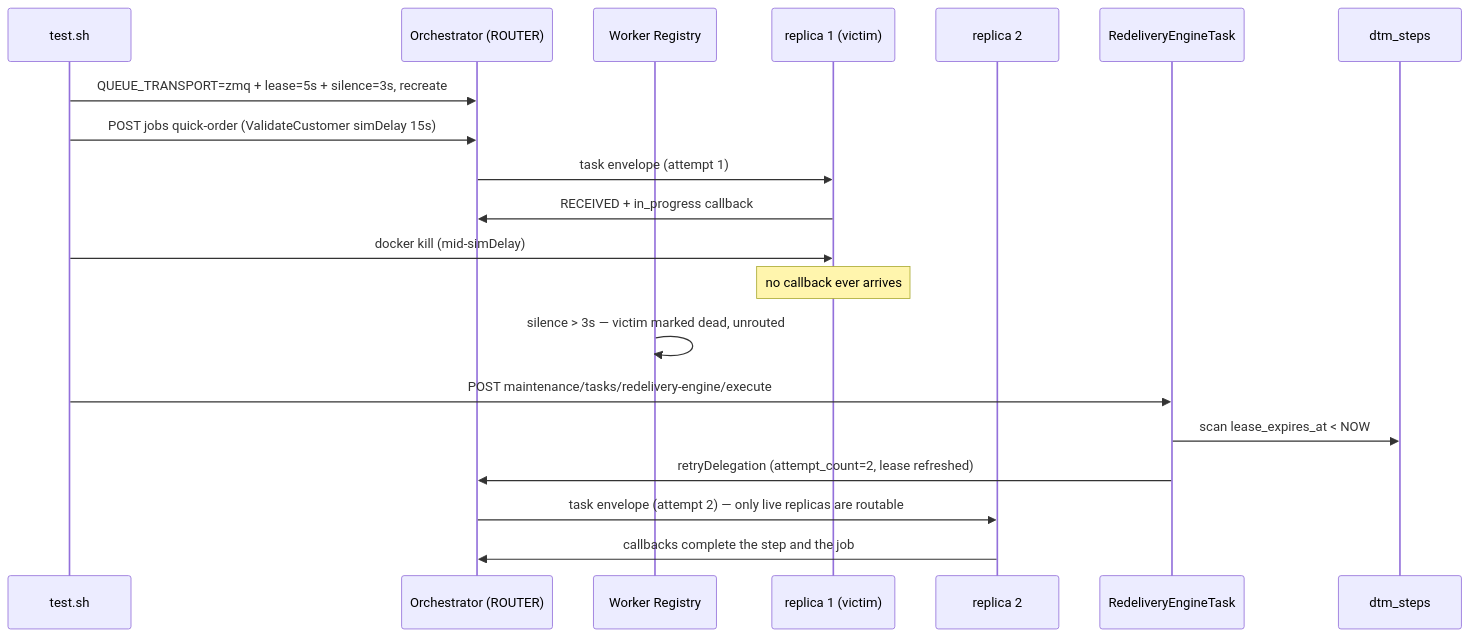
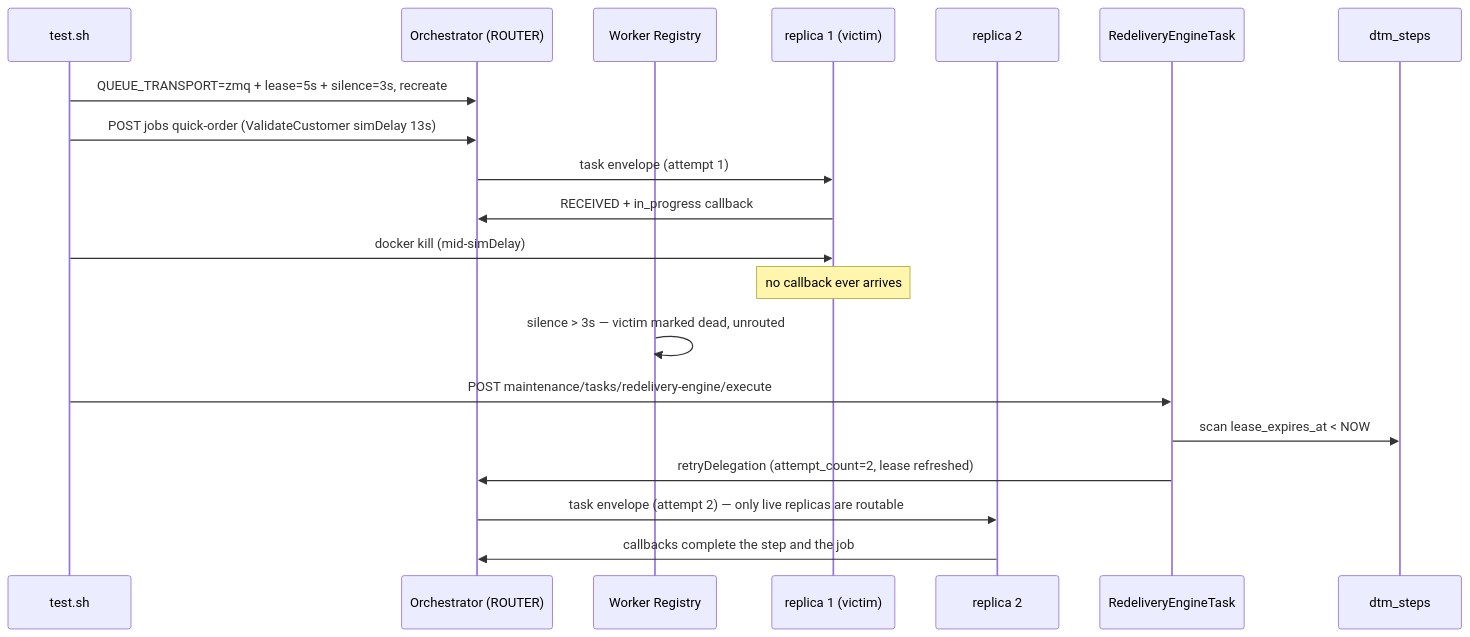
One commit to inctasoft/setpoint-evals-dtm-examples changed the diagram in setpoint-evals/SE-32-zmq-worker-crash-redispatch/README.md. Above: the diagram before and after it, drawn with Mermaid. The commit also changed other lines of this file and 7 other files, not shown here.

First line of the commit message:
fix(transport): heartbeat revival + simDelay env — SE-32 redelivery-under-chaos now completes

````diff
--- a/setpoint-evals/SE-32-zmq-worker-crash-redispatch/README.md
+++ b/setpoint-evals/SE-32-zmq-worker-crash-redispatch/README.md
@@ -31,23 +31,23 @@
 ```mermaid
 sequenceDiagram
     participant T as test.sh
     participant O as Orchestrator (ROUTER)
     participant R as Worker Registry
     participant H1 as replica 1 (victim)
     participant H2 as replica 2
     participant E as RedeliveryEngineTask
     participant DB as dtm_steps
 
     T->>O: QUEUE_TRANSPORT=zmq + lease=5s + silence=3s, recreate
-    T->>O: POST jobs quick-order (ValidateCustomer simDelay 15s)
+    T->>O: POST jobs quick-order (ValidateCustomer simDelay 13s)
     O->>H1: task envelope (attempt 1)
     H1->>O: RECEIVED + in_progress callback
     T->>H1: docker kill (mid-simDelay)
     Note over H1: no callback ever arrives
     R->>R: silence > 3s — victim marked dead, unrouted
     T->>E: POST maintenance/tasks/redelivery-engine/execute
     E->>DB: scan lease_expires_at < NOW
     E->>O: retryDelegation (attempt_count=2, lease refreshed)
     O->>H2: task envelope (attempt 2) — only live replicas are routable
     H2->>O: callbacks complete the step and the job
 ```
````
